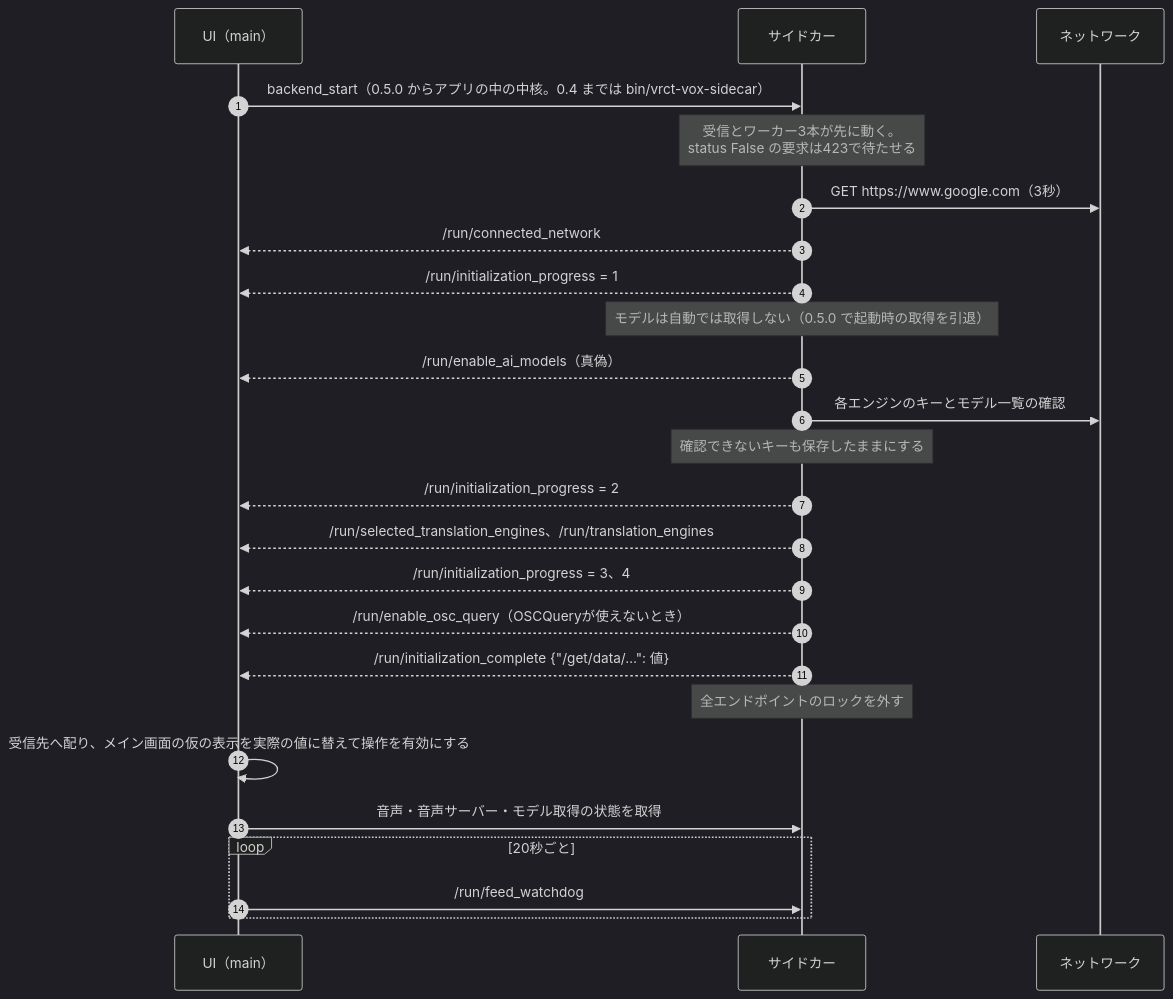
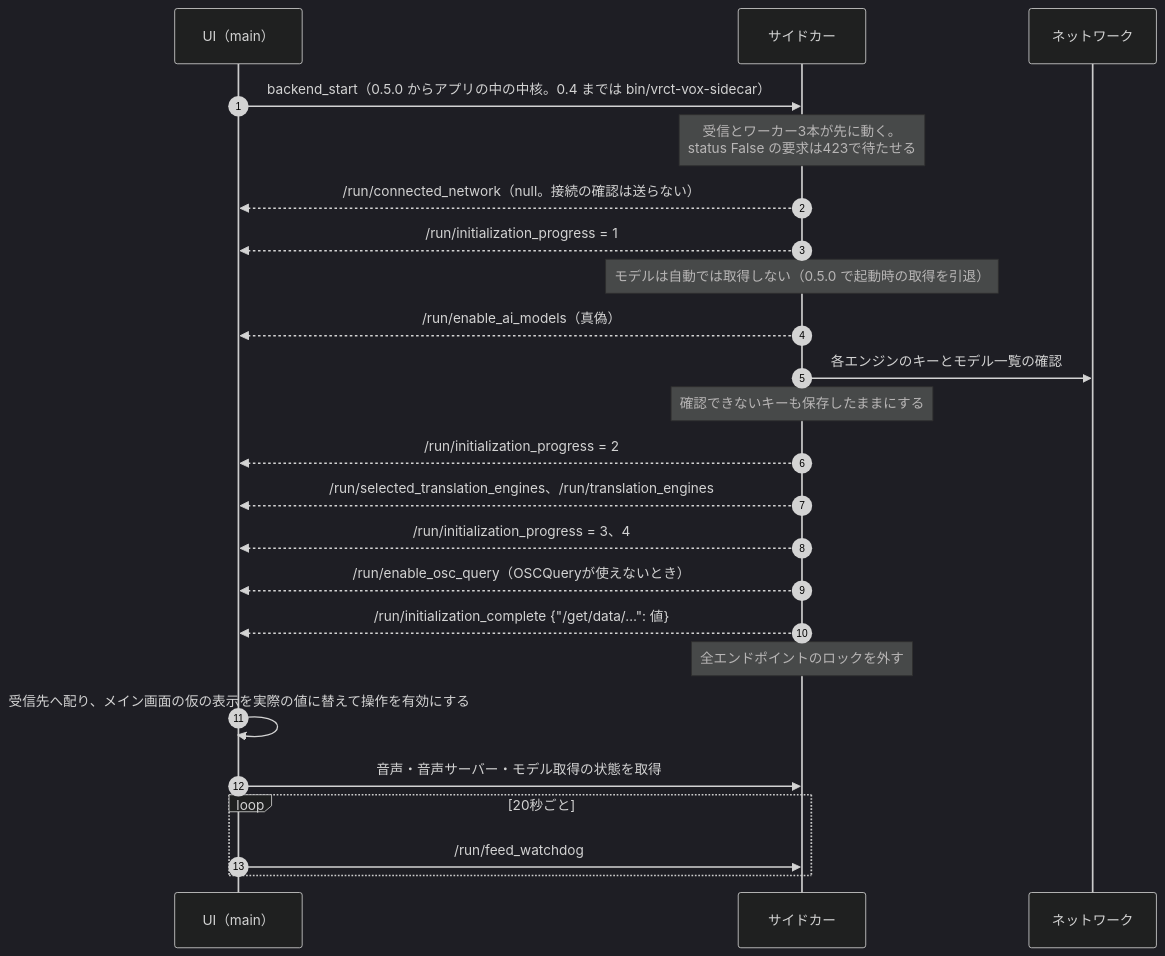
The first of 7 diagrams in docs/spec/sequences.md (kein5/astarot), drawn with Mermaid (dark theme) before and after one commit. The commit also changed 26 other files, not shown here.

````diff
--- a/docs/spec/sequences.md
+++ b/docs/spec/sequences.md
@@ -7,27 +7,26 @@
 ```mermaid
 sequenceDiagram
   autonumber
   participant UI as UI（main）
   participant S as サイドカー
   participant Net as ネットワーク
   UI->>S: backend_start（0.5.0 からアプリの中の中核。0.4 までは bin/vrct-vox-sidecar）
   Note over S: 受信とワーカー3本が先に動く。<br/>status False の要求は423で待たせる
-  S->>Net: GET https://www.google.com（3秒）
-  S-->>UI: /run/connected_network
+  S-->>UI: /run/connected_network（null。接続の確認は送らない）
   S-->>UI: /run/initialization_progress = 1
   Note over S: モデルは自動では取得しない（0.5.0 で起動時の取得を引退）
   S-->>UI: /run/enable_ai_models（真偽）
   S->>Net: 各エンジンのキーとモデル一覧の確認
   Note over S: 確認できないキーも保存したままにする
   S-->>UI: /run/initialization_progress = 2
   S-->>UI: /run/selected_translation_engines、/run/translation_engines
   S-->>UI: /run/initialization_progress = 3、4
   S-->>UI: /run/enable_osc_query（OSCQueryが使えないとき）
   S-->>UI: /run/initialization_complete {"/get/data/…": 値}
   Note over S: 全エンドポイントのロックを外す
   UI->>UI: 受信先へ配り、メイン画面の仮の表示を実際の値に替えて操作を有効にする
   UI->>S: 音声・音声サーバー・モデル取得の状態を取得
   loop 20秒ごと
     UI->>S: /run/feed_watchdog
   end
 ```
````
